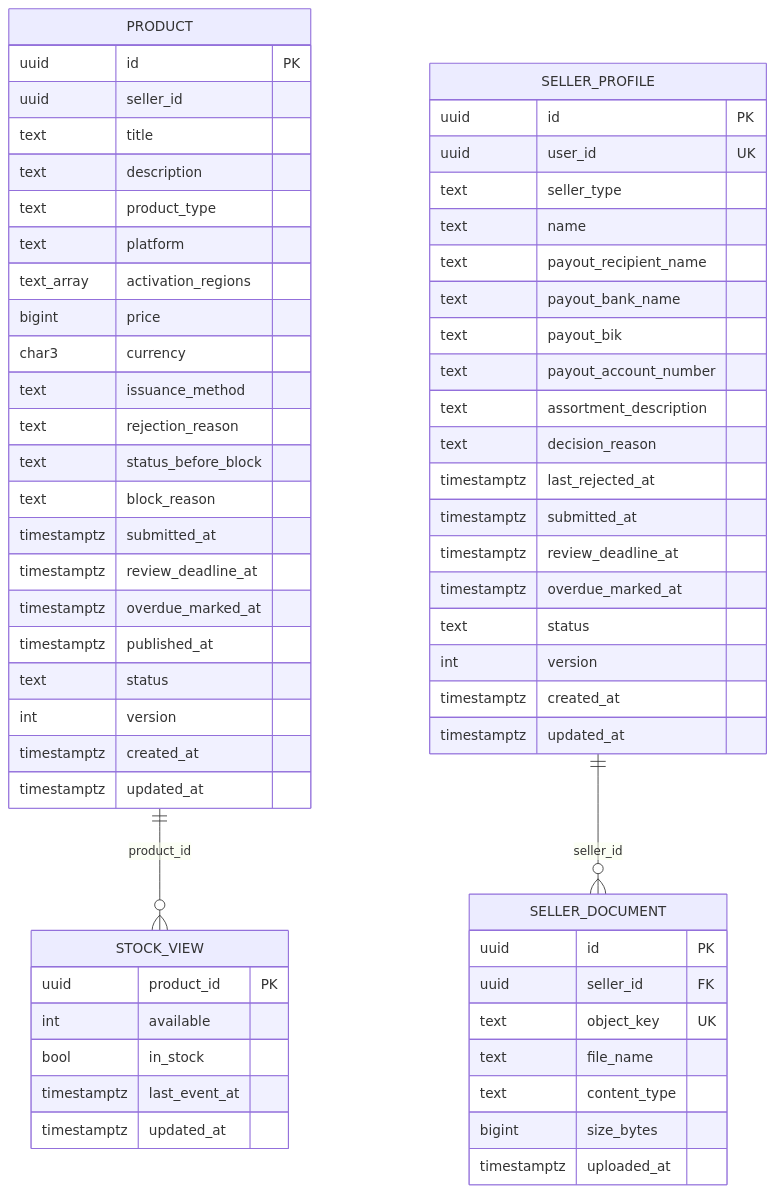
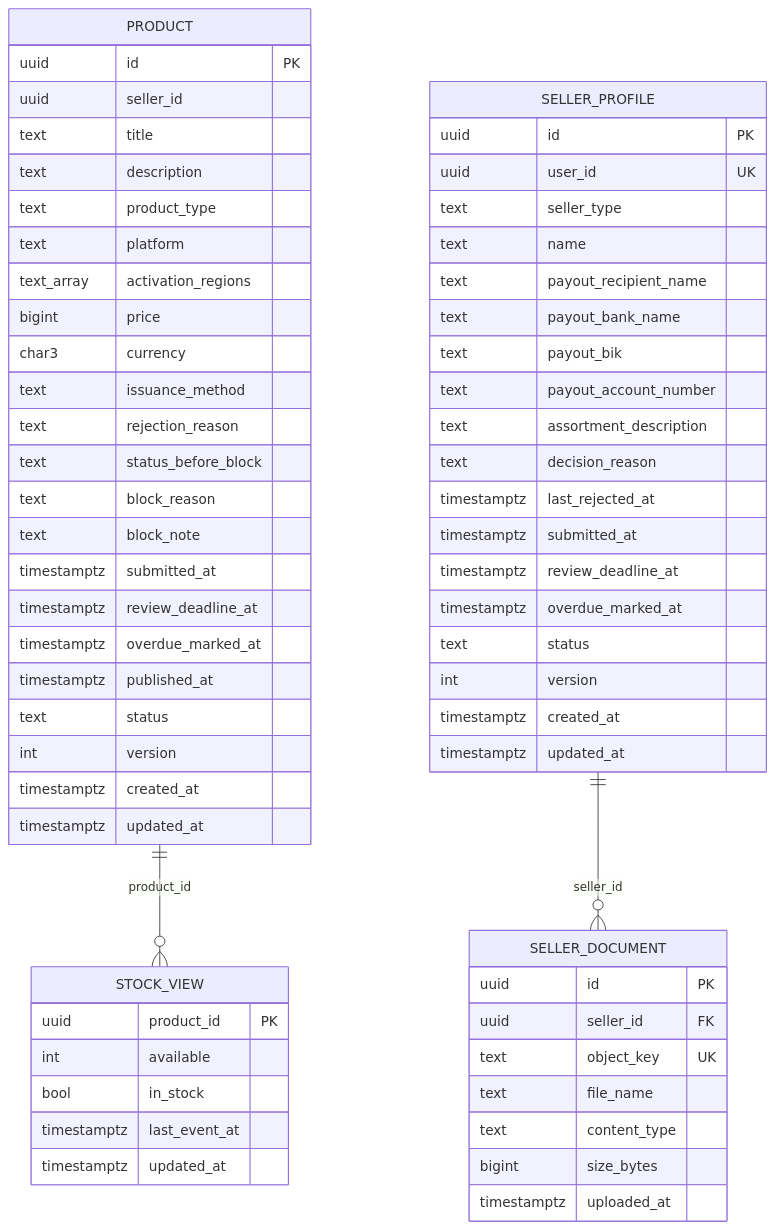
Before and after one commit to Lapin143/digital-goods-marketplace: the diagram in docs/07-data/catalog-service-schema.md, drawn with Mermaid. The commit also changed other lines of this file and 35 other files, not shown here.

````diff
--- a/docs/07-data/catalog-service-schema.md
+++ b/docs/07-data/catalog-service-schema.md
@@ -17,64 +17,65 @@
 ```mermaid
 erDiagram
     PRODUCT {
         uuid id PK
         uuid seller_id
         text title
         text description
         text product_type
         text platform
         text_array activation_regions
         bigint price
         char3 currency
         text issuance_method
         text rejection_reason
         text status_before_block
         text block_reason
+        text block_note
         timestamptz submitted_at
         timestamptz review_deadline_at
         timestamptz overdue_marked_at
         timestamptz published_at
         text status
         int version
         timestamptz created_at
         timestamptz updated_at
     }
     STOCK_VIEW {
         uuid product_id PK
         int available
         bool in_stock
         timestamptz last_event_at
         timestamptz updated_at
     }
     SELLER_DOCUMENT {
         uuid id PK
         uuid seller_id FK
         text object_key UK
         text file_name
         text content_type
         bigint size_bytes
         timestamptz uploaded_at
     }
     SELLER_PROFILE {
         uuid id PK
         uuid user_id UK
         text seller_type
         text name
         text payout_recipient_name
         text payout_bank_name
         text payout_bik
         text payout_account_number
         text assortment_description
         text decision_reason
         timestamptz last_rejected_at
         timestamptz submitted_at
         timestamptz review_deadline_at
         timestamptz overdue_marked_at
         text status
         int version
         timestamptz created_at
         timestamptz updated_at
     }
     PRODUCT ||--o{ STOCK_VIEW : "product_id"
     SELLER_PROFILE ||--o{ SELLER_DOCUMENT : "seller_id"
 ```
````
